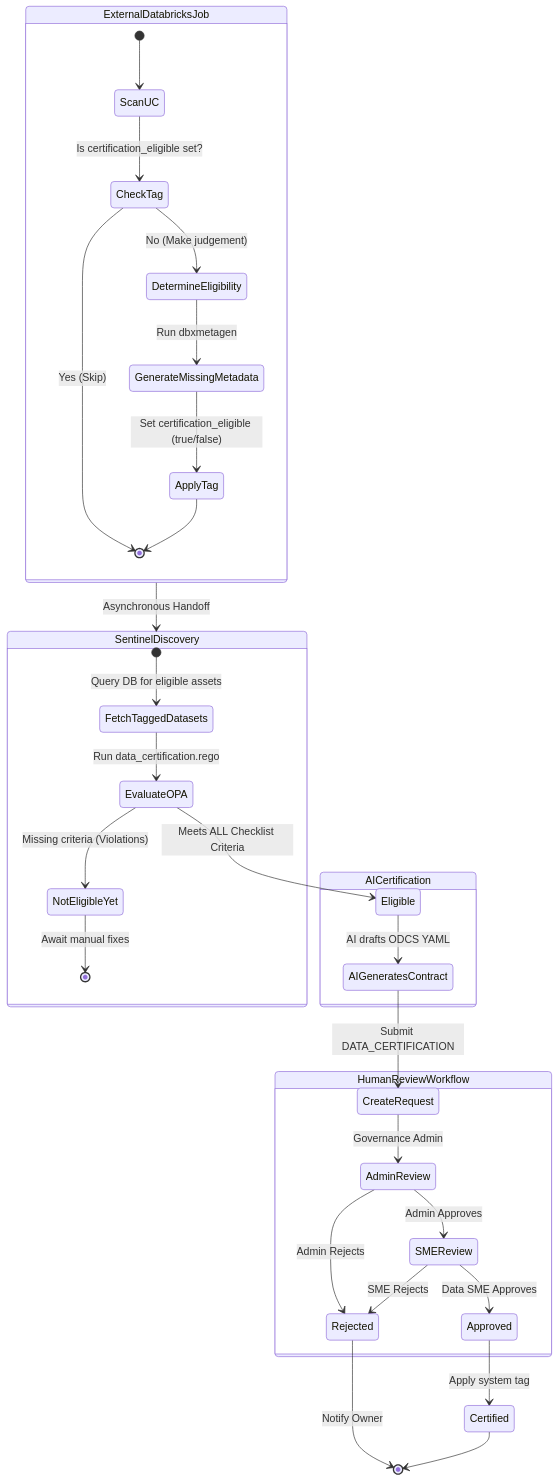
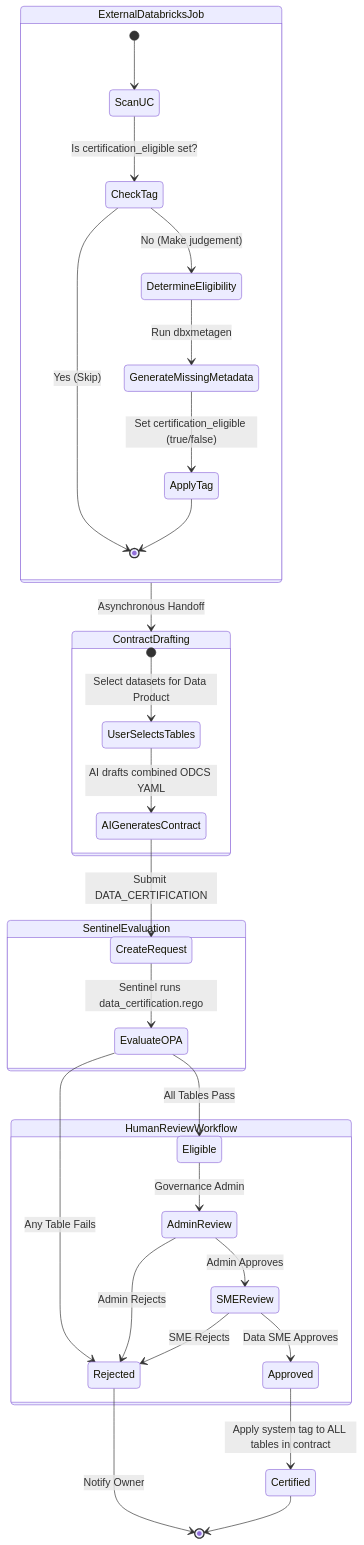
One commit to TaylorAHanson/ssc changed the diagram in docs/GOVERNANCE.md. Above: the diagram before and after it, drawn with Mermaid. The commit also changed other lines of this file and 12 other files, not shown here.

````diff
--- a/docs/GOVERNANCE.md
+++ b/docs/GOVERNANCE.md
@@ -75,39 +74,38 @@
 ```mermaid
 stateDiagram-v2
     state ExternalDatabricksJob {
         [*] --> ScanUC
         ScanUC --> CheckTag : Is certification_eligible set?
         CheckTag --> [*] : Yes (Skip)
         CheckTag --> DetermineEligibility : No (Make judgement)
         DetermineEligibility --> GenerateMissingMetadata : Run dbxmetagen
         GenerateMissingMetadata --> ApplyTag : Set certification_eligible (true/false)
         ApplyTag --> [*]
     }
 
-    state SentinelDiscovery {
-        [*] --> FetchTaggedDatasets : Query DB for eligible assets
-        FetchTaggedDatasets --> EvaluateOPA : Run data_certification.rego
-        EvaluateOPA --> Eligible : Meets ALL Checklist Criteria
-        EvaluateOPA --> NotEligibleYet : Missing criteria (Violations)
-        NotEligibleYet --> [*] : Await manual fixes
+    state ContractDrafting {
+        [*] --> UserSelectsTables : Select datasets for Data Product
+        UserSelectsTables --> AIGeneratesContract : AI drafts combined ODCS YAML
+        AIGeneratesContract --> CreateRequest : Submit DATA_CERTIFICATION
     }
     
-    state AICertification {
-        Eligible --> AIGeneratesContract : AI drafts ODCS YAML
-        AIGeneratesContract --> CreateRequest : Submit DATA_CERTIFICATION
+    state SentinelEvaluation {
+        CreateRequest --> EvaluateOPA : Sentinel runs data_certification.rego
+        EvaluateOPA --> Eligible : All Tables Pass
+        EvaluateOPA --> Rejected : Any Table Fails
     }
 
     state HumanReviewWorkflow {
-        CreateRequest --> AdminReview : Governance Admin
+        Eligible --> AdminReview : Governance Admin
         AdminReview --> SMEReview : Admin Approves
         AdminReview --> Rejected : Admin Rejects
         
         SMEReview --> Approved : Data SME Approves
         SMEReview --> Rejected : SME Rejects
     }
     
-    ExternalDatabricksJob --> SentinelDiscovery : Asynchronous Handoff
-    Approved --> Certified : Apply system tag
+    ExternalDatabricksJob --> ContractDrafting : Asynchronous Handoff
+    Approved --> Certified : Apply system tag to ALL tables in contract
     Rejected --> [*] : Notify Owner
     Certified --> [*]
 ```
````
